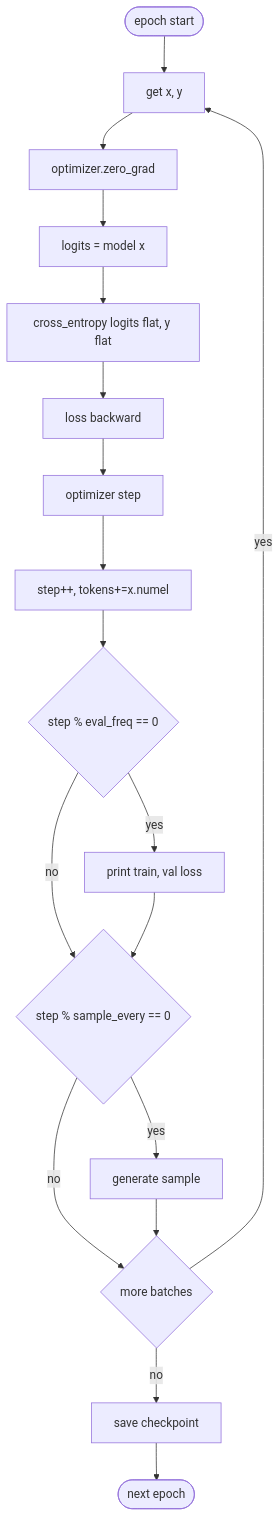
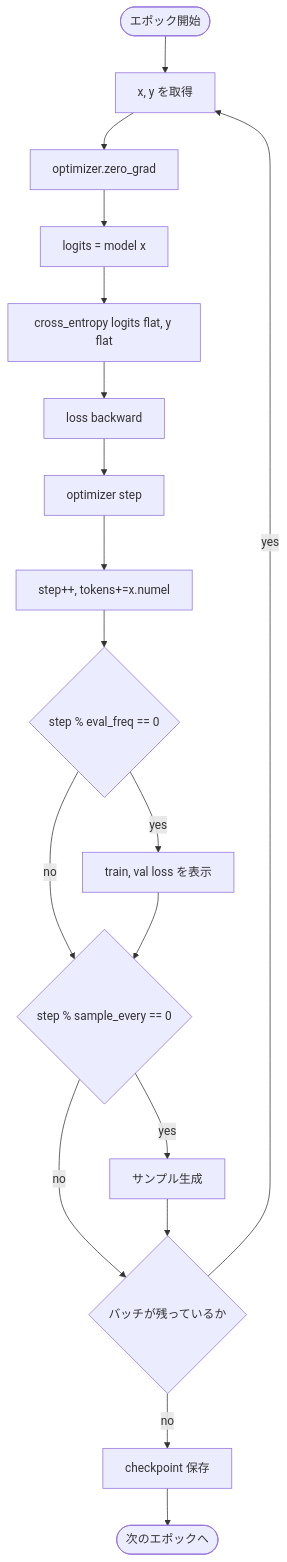
Before and after one commit to cacapouh/gpt2-from-scratch: the diagram in docs/training.md, drawn with Mermaid. The commit also changed other lines of this file and 10 other files, not shown here.

````diff
--- a/docs/training.md
+++ b/docs/training.md
@@ -21,20 +21,20 @@
 ```mermaid
 flowchart TD
-    START([epoch start]) --> BATCH[get x, y]
+    START([エポック開始]) --> BATCH[x, y を取得]
     BATCH --> ZG[optimizer.zero_grad]
     ZG --> FW[logits = model x]
     FW --> L[cross_entropy logits flat, y flat]
     L --> BW[loss backward]
     BW --> STEP[optimizer step]
     STEP --> CNT[step++, tokens+=x.numel]
     CNT --> EVAL{step % eval_freq == 0}
-    EVAL -- yes --> PRINT[print train, val loss]
+    EVAL -- yes --> PRINT[train, val loss を表示]
     EVAL -- no --> SAMP
     PRINT --> SAMP{step % sample_every == 0}
-    SAMP -- yes --> GEN[generate sample]
-    SAMP -- no --> NEXT{more batches}
+    SAMP -- yes --> GEN[サンプル生成]
+    SAMP -- no --> NEXT{バッチが残っているか}
     GEN --> NEXT
     NEXT -- yes --> BATCH
-    NEXT -- no --> CKPT[save checkpoint]
-    CKPT --> DONE([next epoch])
+    NEXT -- no --> CKPT[checkpoint 保存]
+    CKPT --> DONE([次のエポックへ])
 ```
````
